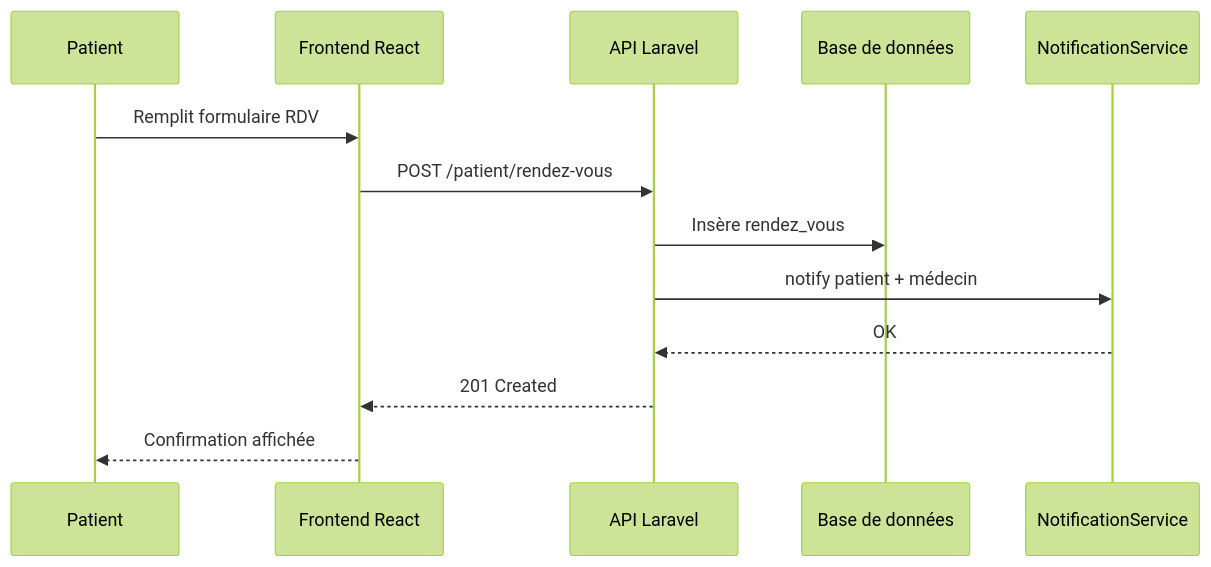
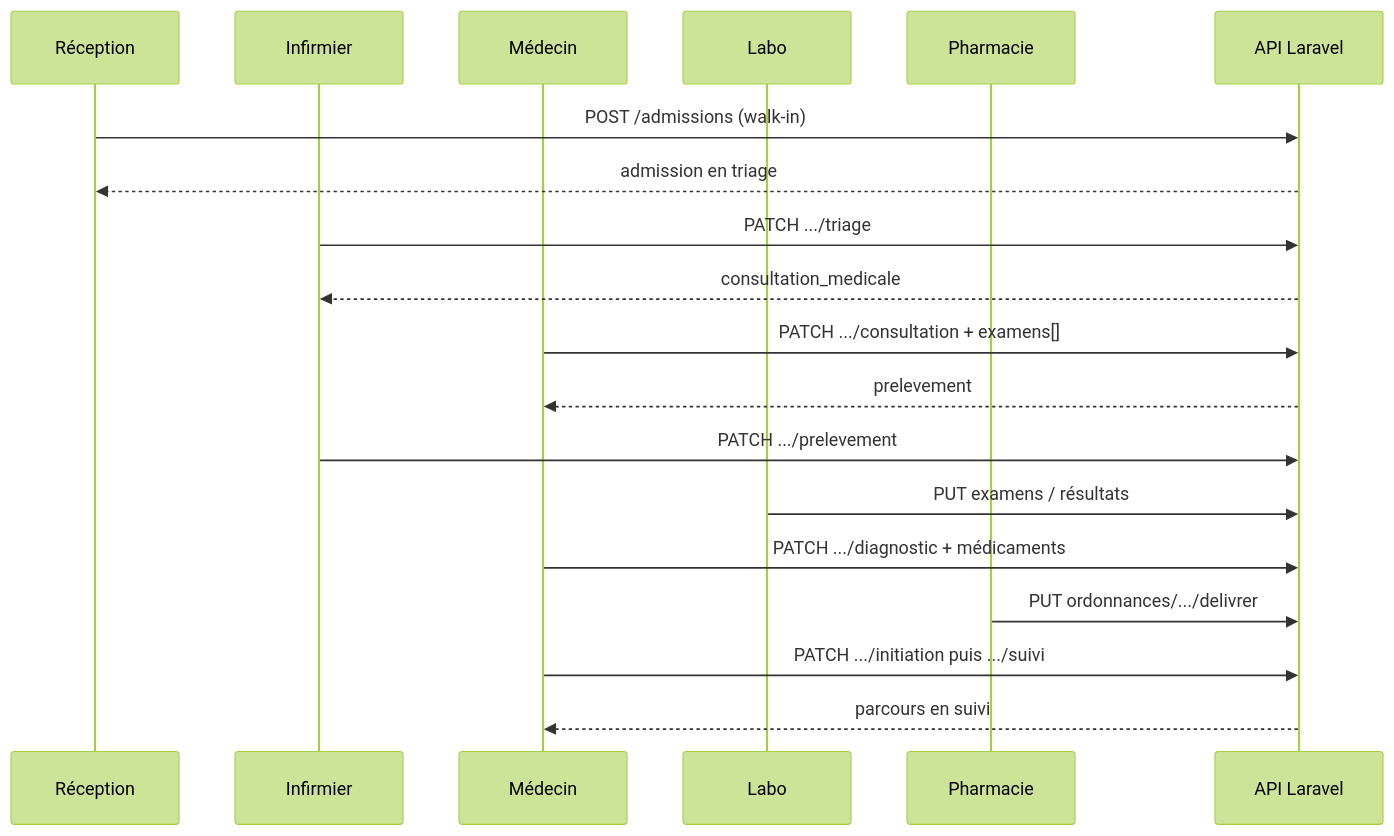
One commit to Exauce09/TFC-ENGWELE changed the seventh of 9 diagrams in docs/CHAPITRE_3_ANALYSE_CONCEPTION.md. Above: the diagram before and after it, drawn with Mermaid (forest theme). The commit also changed other lines of this file and 87 other files, not shown here.

First line of the commit message:
Finaliser le parcours arrivee-traitement, RDV creneaux/rappels, et Chapitre III Word.

````diff
--- a/docs/CHAPITRE_3_ANALYSE_CONCEPTION.md
+++ b/docs/CHAPITRE_3_ANALYSE_CONCEPTION.md
@@ -315,16 +396,22 @@
 ```mermaid
 sequenceDiagram
-    participant P as Patient
-    participant WEB as Frontend React
-    participant API as API Laravel
-    participant DB as Base de données
-    participant N as NotificationService
+  participant R as Réception
+  participant I as Infirmier
+  participant M as Médecin
+  participant L as Labo
+  participant P as Pharmacie
+  participant API as API Laravel
 
-    P->>WEB: Remplit formulaire RDV
-    WEB->>API: POST /patient/rendez-vous
-    API->>DB: Insère rendez_vous
-    API->>N: notify patient + médecin
-    N-->>API: OK
-    API-->>WEB: 201 Created
-    WEB-->>P: Confirmation affichée
+  R->>API: POST /admissions (walk-in)
+  API-->>R: admission en triage
+  I->>API: PATCH .../triage
+  API-->>I: consultation_medicale
+  M->>API: PATCH .../consultation + examens[]
+  API-->>M: prelevement
+  I->>API: PATCH .../prelevement
+  L->>API: PUT examens / résultats
+  M->>API: PATCH .../diagnostic + médicaments
+  P->>API: PUT ordonnances/.../delivrer
+  M->>API: PATCH .../initiation puis .../suivi
+  API-->>M: parcours en suivi
 ```
````
